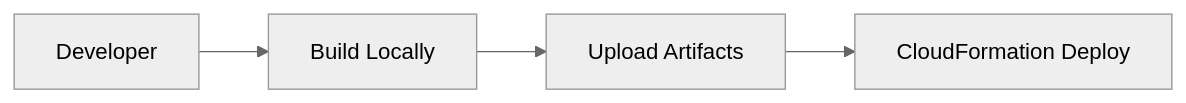
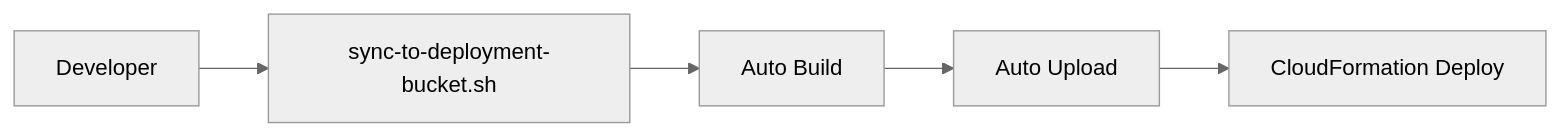
One commit to johnjcousens/aws-elasticdrs-orchestrator changed the diagram in docs/troubleshooting/CLOUDFORMATION_DEPLOYMENT_ISSUES.md. Above: the diagram before and after it, drawn with Mermaid (neutral theme). The commit also changed other lines of this file and 12 other files, not shown here.

````diff
--- a/docs/troubleshooting/CLOUDFORMATION_DEPLOYMENT_ISSUES.md
+++ b/docs/troubleshooting/CLOUDFORMATION_DEPLOYMENT_ISSUES.md
@@ -44,6 +51,7 @@
 ```mermaid
 flowchart LR
-    Dev[Developer] --> Build[Build Locally]
-    Build --> Upload[Upload Artifacts]
+    Dev[Developer] --> Script[sync-to-deployment-bucket.sh]
+    Script --> Build[Auto Build]
+    Build --> Upload[Auto Upload]
     Upload --> CFN[CloudFormation Deploy]
 ```
````
